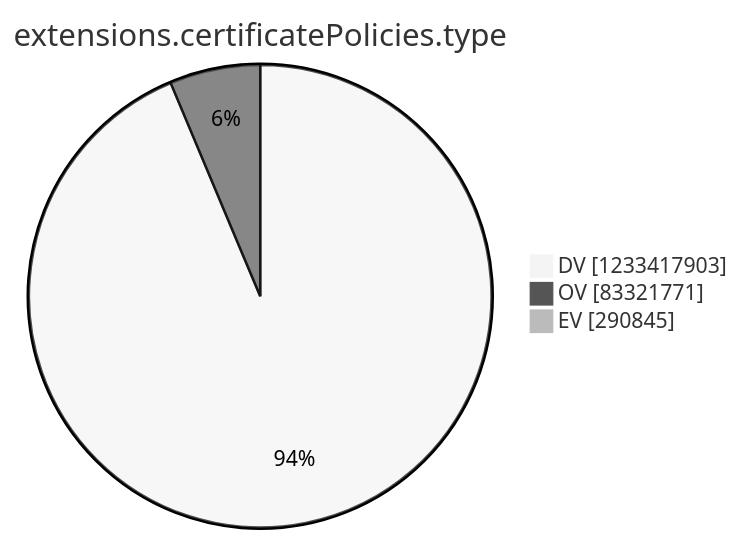
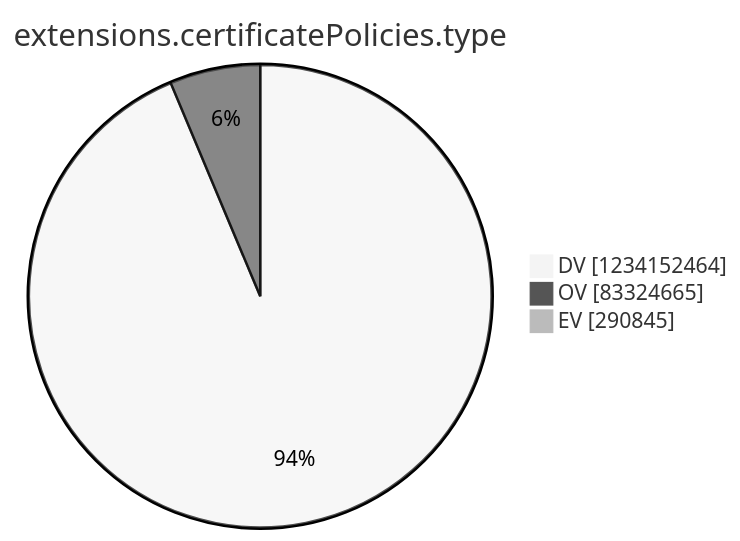
One commit to christiankrug/ctmonitor_visualization changed the tenth of 15 diagrams in argon2022/README.md. Above: the diagram before and after it, drawn with Mermaid (neutral theme). The commit also changed other lines of this file, not shown here.

````diff
--- a/argon2022/README.md
+++ b/argon2022/README.md
@@ -2770,7 +2770,7 @@
 ```mermaid
 pie showData
 title extensions.certificatePolicies.type
-"DV" :1233417903
-"OV" :83321771
+"DV" :1234152464
+"OV" :83324665
 "EV" :290845
 ```
````
